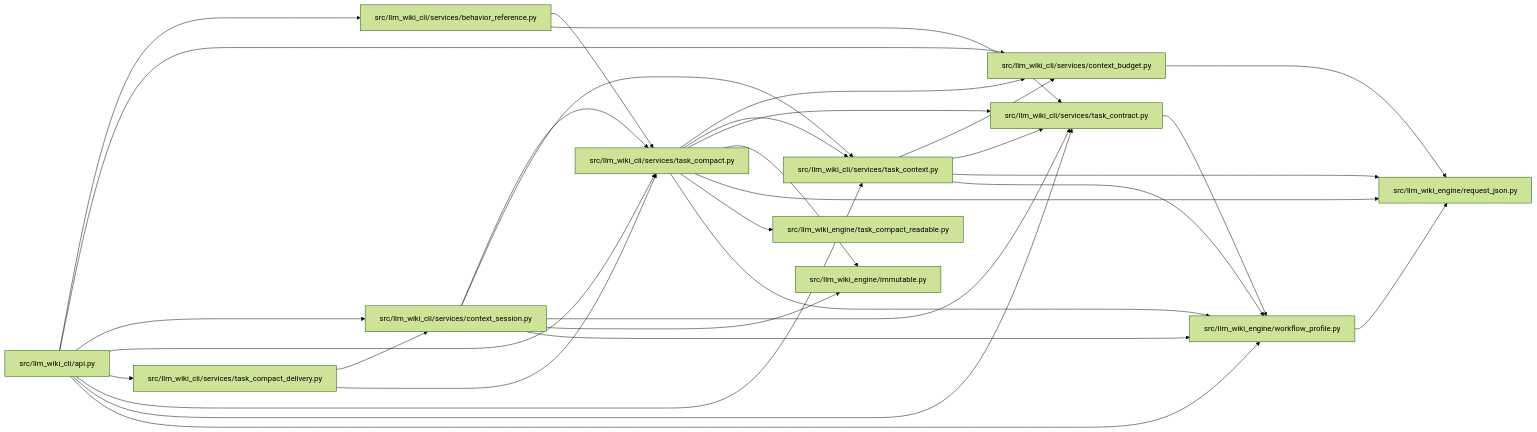
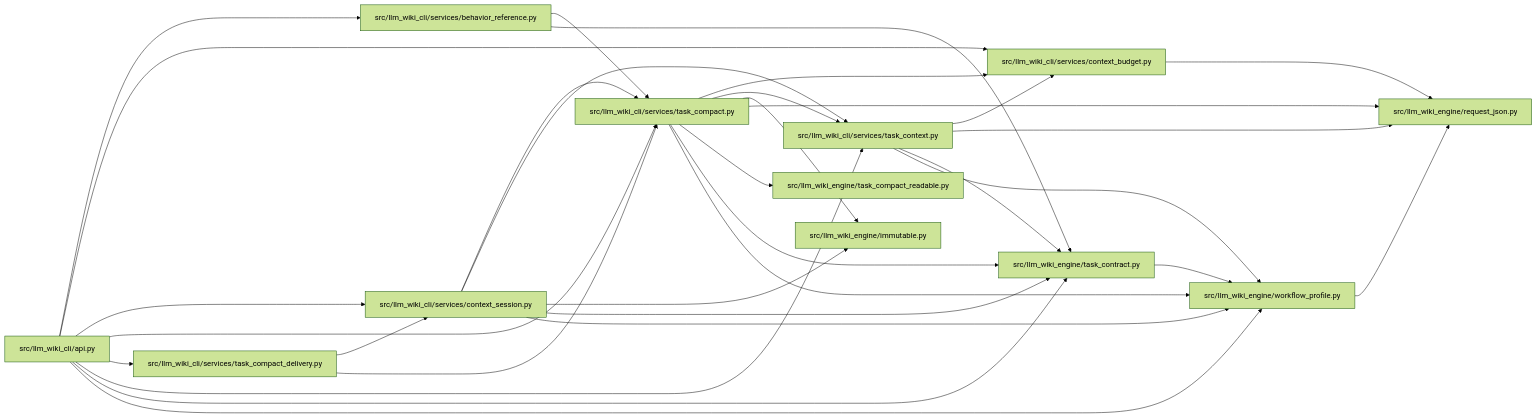
One commit to Denissvgn/python-wiki-llm changed the diagram in docs/llm_wiki/modules/task_compact.md. Above: the diagram before and after it, drawn with Mermaid (forest theme). The commit also changed other lines of this file and 648 other files, not shown here.

Commit message:
docs: refresh the wiki for the engine task contract and search

````diff
--- a/docs/llm_wiki/modules/task_compact.md
+++ b/docs/llm_wiki/modules/task_compact.md
@@ -38,58 +38,58 @@
 ```mermaid
 flowchart LR
     n0["src/llm_wiki_cli/api.py"]
     n1["src/llm_wiki_cli/services/behavior_reference.py"]
     n2["src/llm_wiki_cli/services/context_budget.py"]
     n3["src/llm_wiki_cli/services/context_session.py"]
     n4["src/llm_wiki_cli/services/task_compact.py"]
     n5["src/llm_wiki_cli/services/task_compact_delivery.py"]
     n6["src/llm_wiki_cli/services/task_context.py"]
-    n7["src/llm_wiki_cli/services/task_contract.py"]
-    n8["src/llm_wiki_engine/immutable.py"]
-    n9["src/llm_wiki_engine/request_json.py"]
-    n10["src/llm_wiki_engine/task_compact_readable.py"]
+    n7["src/llm_wiki_engine/immutable.py"]
+    n8["src/llm_wiki_engine/request_json.py"]
+    n9["src/llm_wiki_engine/task_compact_readable.py"]
+    n10["src/llm_wiki_engine/task_contract.py"]
     n11["src/llm_wiki_engine/workflow_profile.py"]
     n0 --> n1
     n0 --> n2
     n0 --> n3
     n0 --> n4
     n0 --> n5
     n0 --> n6
-    n0 --> n7
+    n0 --> n10
     n0 --> n11
     n1 --> n4
-    n1 --> n7
-    n2 --> n9
+    n1 --> n10
+    n2 --> n8
     n3 --> n4
     n3 --> n6
     n3 --> n7
-    n3 --> n8
+    n3 --> n10
     n3 --> n11
     n4 --> n2
     n4 --> n6
     n4 --> n7
     n4 --> n8
     n4 --> n9
     n4 --> n10
     n4 --> n11
     n5 --> n3
     n5 --> n4
     n6 --> n2
-    n6 --> n7
-    n6 --> n9
+    n6 --> n8
+    n6 --> n10
     n6 --> n11
-    n7 --> n11
-    n11 --> n9
+    n10 --> n11
+    n11 --> n8
     click n0 "../modules/api.md"
     click n1 "../modules/behavior_reference.md"
     click n2 "../modules/context_budget.md"
     click n3 "../modules/context_session.md"
     click n4 "../modules/task_compact.md"
     click n5 "../modules/task_compact_delivery.md"
     click n6 "../modules/task_context.md"
-    click n7 "../modules/task_contract.md"
-    click n8 "../modules/immutable.md"
-    click n9 "../modules/request_json.md"
-    click n10 "../modules/task_compact_readable.md"
+    click n7 "../modules/immutable.md"
+    click n8 "../modules/request_json.md"
+    click n9 "../modules/task_compact_readable.md"
+    click n10 "../modules/task_contract.md"
     click n11 "../modules/workflow_profile.md"
 ```
````
